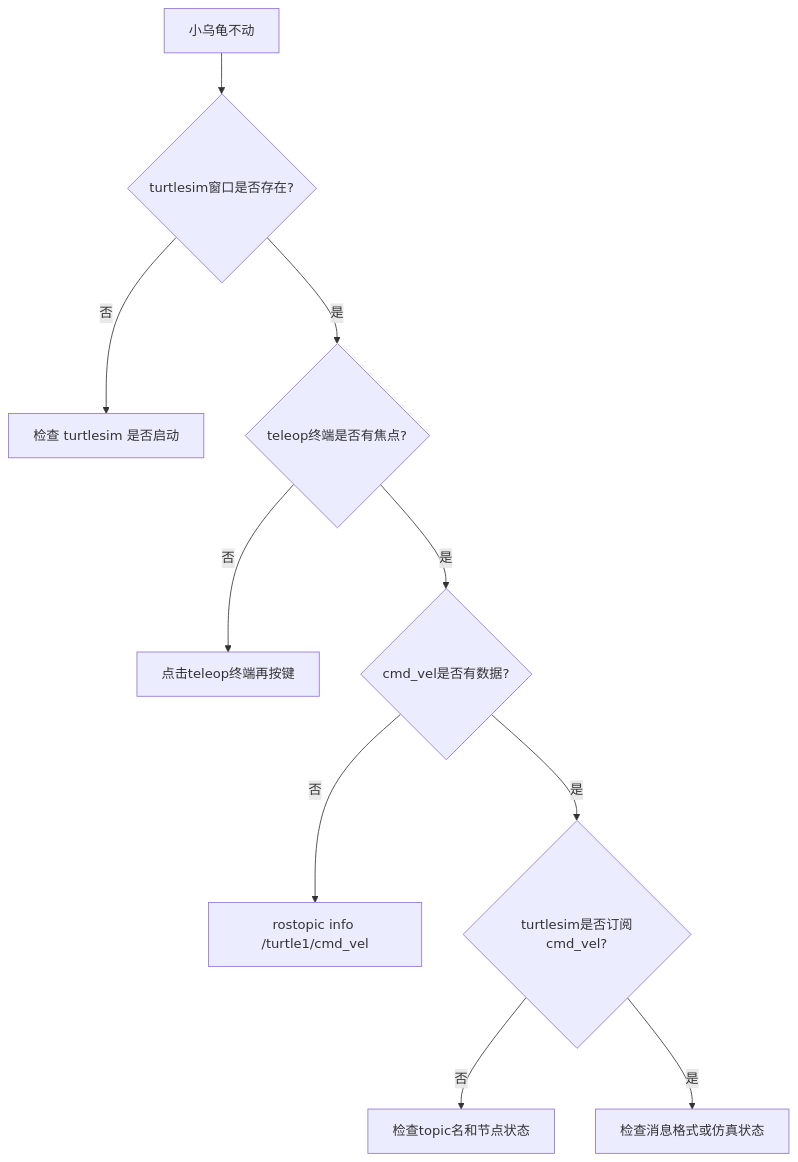
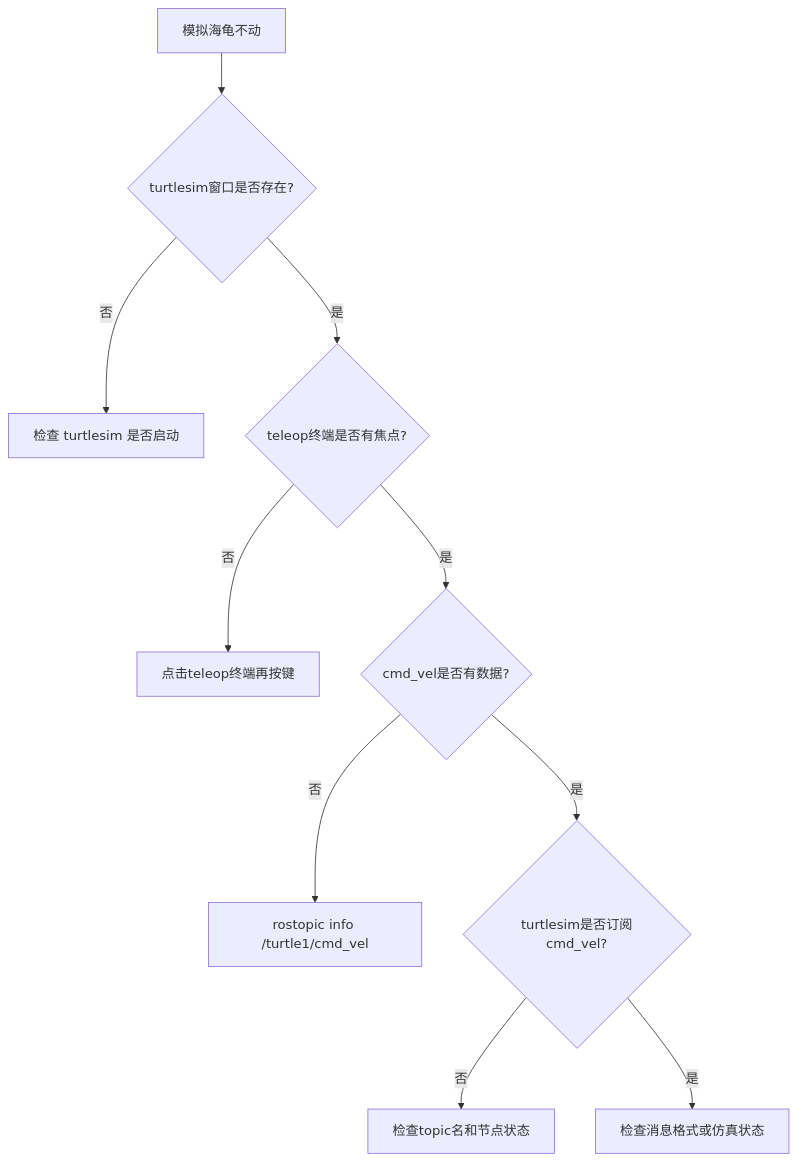
Before and after one commit to Xiong-z-x/ROS: the third of 3 diagrams in chapters/04-第一个ros系统.md, drawn with Mermaid. The commit also changed other lines of this file and 17 other files, not shown here.

````diff
--- a/chapters/04-第一个ros系统.md
+++ b/chapters/04-第一个ros系统.md
@@ -400,12 +400,12 @@
 ```mermaid
 flowchart TD
-    A[小乌龟不动] --> B{turtlesim窗口是否存在?}
+    A[模拟海龟不动] --> B{turtlesim窗口是否存在?}
     B -- 否 --> B1[检查 turtlesim 是否启动]
     B -- 是 --> C{teleop终端是否有焦点?}
     C -- 否 --> C1[点击teleop终端再按键]
     C -- 是 --> D{cmd_vel是否有数据?}
     D -- 否 --> D1[rostopic info /turtle1/cmd_vel]
     D -- 是 --> E{turtlesim是否订阅cmd_vel?}
     E -- 否 --> E1[检查topic名和节点状态]
     E -- 是 --> F[检查消息格式或仿真状态]
 ```
````
